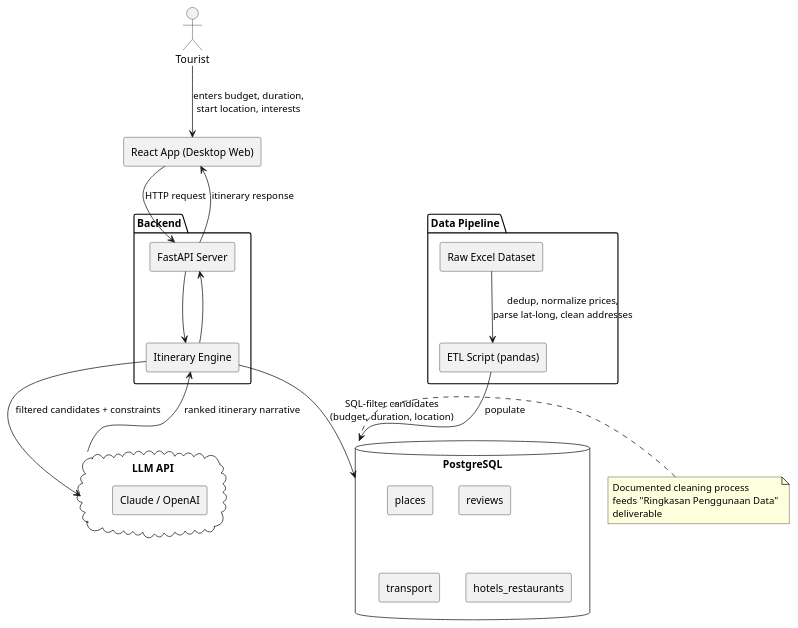
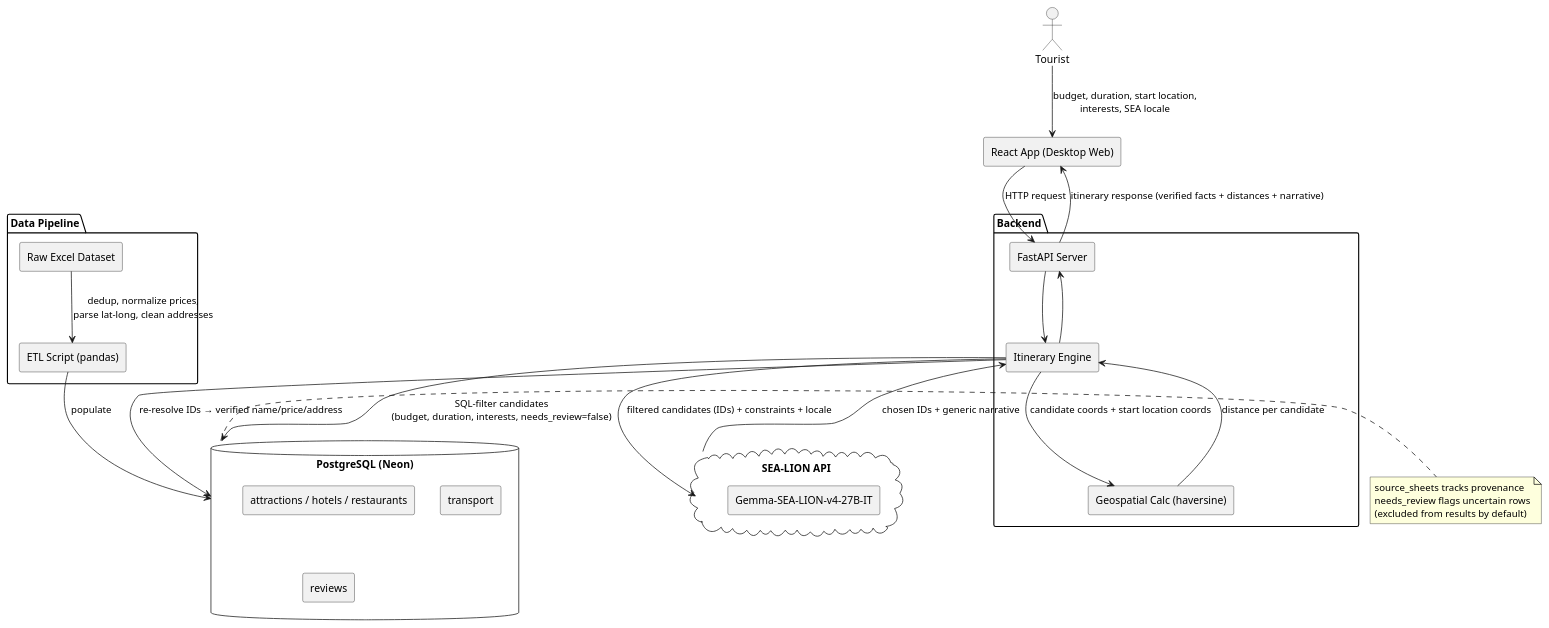
Before and after one commit to Given238/LocAI-IT-Del-Giteren: the diagram in CLAUDE.md, drawn with PlantUML. The commit also changed other lines of this file and 13 other files, not shown here.

````diff
--- a/CLAUDE.md
+++ b/CLAUDE.md
@@ -106,50 +141,53 @@
 ```plantuml
 @startuml LocAI_Architecture
 
 skinparam componentStyle rectangle
 
 actor Tourist
 
 [React App (Desktop Web)] as Frontend
 
 package "Backend" {
   [FastAPI Server] as API
   [Itinerary Engine] as Engine
+  [Geospatial Calc (haversine)] as Geo
 }
 
-database "PostgreSQL" as DB {
-  [places]
+database "PostgreSQL (Neon)" as DB {
+  [attractions / hotels / restaurants]
+  [transport]
   [reviews]
-  [transport]
-  [hotels_restaurants]
 }
 
 package "Data Pipeline" {
   [Raw Excel Dataset] as Raw
   [ETL Script (pandas)] as ETL
 }
 
-cloud "LLM API" as LLM {
-  [Claude / OpenAI]
+cloud "SEA-LION API" as LLM {
+  [Gemma-SEA-LION-v4-27B-IT]
 }
 
-Tourist --> Frontend : enters budget, duration,\nstart location, interests
+Tourist --> Frontend : budget, duration, start location,\ninterests, SEA locale
 Frontend --> API : HTTP request
 API --> Engine
-Engine --> DB : SQL-filter candidates\n(budget, duration, location)
-Engine --> LLM : filtered candidates + constraints
-LLM --> Engine : ranked itinerary narrative
+Engine --> DB : SQL-filter candidates\n(budget, duration, interests, needs_review=false)
+Engine --> Geo : candidate coords + start location coords
+Geo --> Engine : distance per candidate
+Engine --> LLM : filtered candidates (IDs) + constraints + locale
+LLM --> Engine : chosen IDs + generic narrative
+Engine --> DB : re-resolve IDs → verified name/price/address
 Engine --> API
-API --> Frontend : itinerary response
+API --> Frontend : itinerary response (verified facts + distances + narrative)
 
 Raw --> ETL : dedup, normalize prices,\nparse lat-long, clean addresses
 ETL --> DB : populate
 
 note right of DB
-  Documented cleaning process
-  feeds "Ringkasan Penggunaan Data"
-  deliverable
+  source_sheets tracks provenance
+  needs_review flags uncertain rows
+  (excluded from results by default)
 end note
 
 @enduml
 ```
````
